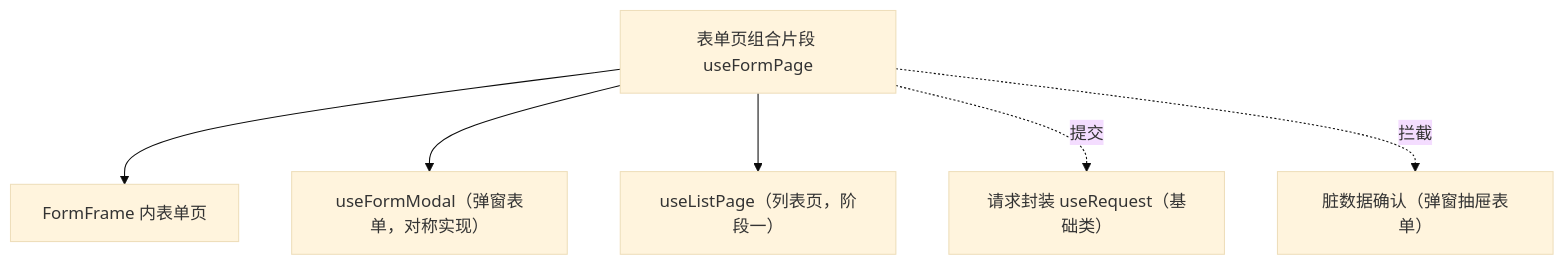
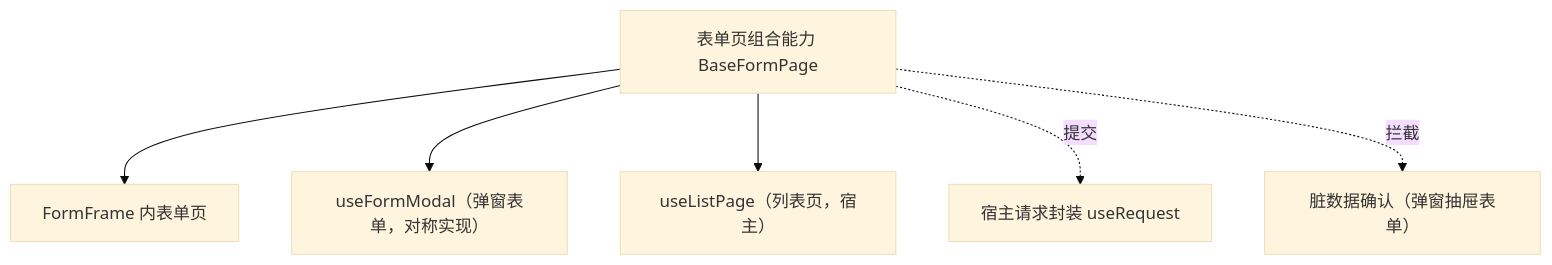
The diagram in bms文档/设计/组件设计/02_基础组件类/02_能力片段/25_组件设计_表单页组合片段/25_组件设计_表单页组合片段.md (minjian123/basic-management-system), drawn with Mermaid (base theme) before and after one commit. The commit also changed other lines of this file and 49 other files, not shown here.

````diff
--- a/bms文档/设计/组件设计/02_基础组件类/02_能力片段/25_组件设计_表单页组合片段/25_组件设计_表单页组合片段.md
+++ b/bms文档/设计/组件设计/02_基础组件类/02_能力片段/25_组件设计_表单页组合片段/25_组件设计_表单页组合片段.md
@@ -15,8 +15,8 @@
 ```mermaid
 flowchart TD
-    FP["表单页组合片段 useFormPage"] --> FR["FormFrame 内表单页"]
+    FP["表单页组合能力 BaseFormPage"] --> FR["FormFrame 内表单页"]
     FP --> M["useFormModal（弹窗表单，对称实现）"]
-    FP --> L["useListPage（列表页，阶段一）"]
-    FP -. 提交 .-> RQ["请求封装 useRequest（基础类）"]
+    FP --> L["useListPage（列表页，宿主）"]
+    FP -. 提交 .-> RQ["宿主请求封装 useRequest"]
     FP -. 拦截 .-> DR["脏数据确认（弹窗抽屉表单）"]
 ```
````
